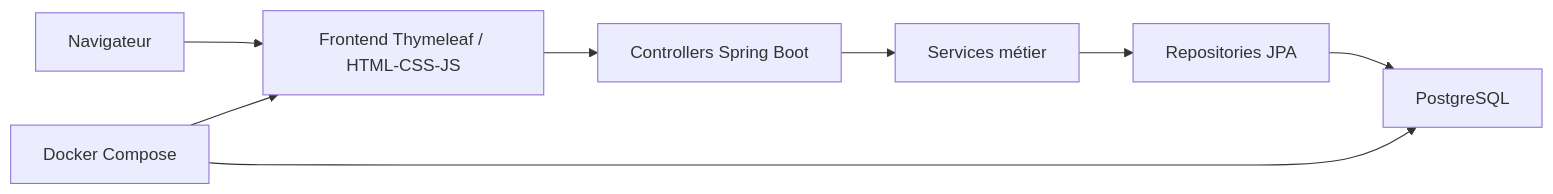
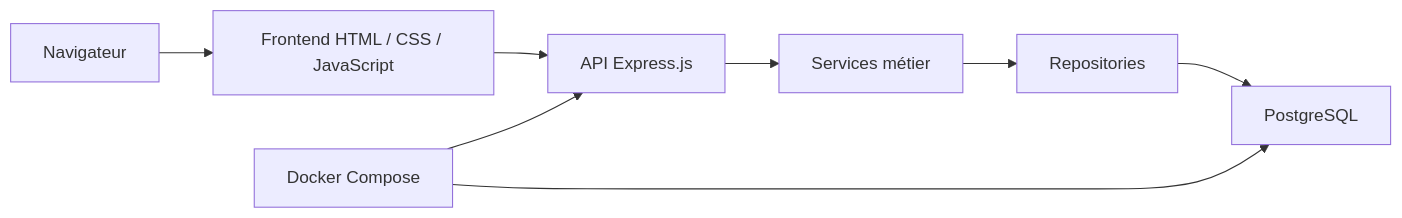
Before and after one commit to Katsu-u/GameNest: the diagram in docs/jour-01-cadrage.md, drawn with Mermaid. The commit also changed other lines of this file and 14 other files, not shown here.

````diff
--- a/docs/jour-01-cadrage.md
+++ b/docs/jour-01-cadrage.md
@@ -170,10 +165,10 @@
 ```mermaid
 flowchart LR
-    A["Navigateur"] --> B["Frontend Thymeleaf / HTML-CSS-JS"]
-    B --> C["Controllers Spring Boot"]
+    A["Navigateur"] --> B["Frontend HTML / CSS / JavaScript"]
+    B --> C["API Express.js"]
     C --> D["Services métier"]
-    D --> E["Repositories JPA"]
+    D --> E["Repositories"]
     E --> F["PostgreSQL"]
-    G["Docker Compose"] --> B
+    G["Docker Compose"] --> C
     G --> F
 ```
````
